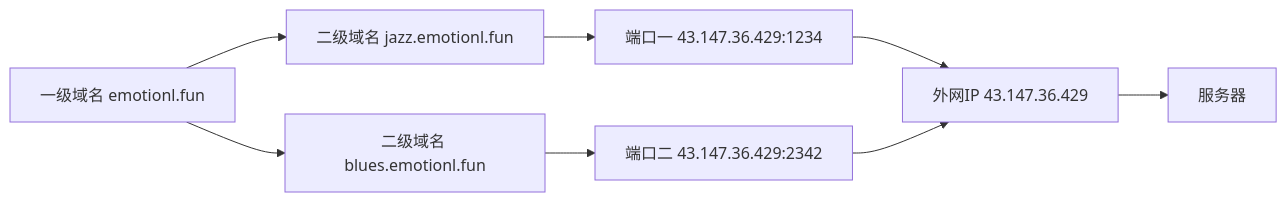
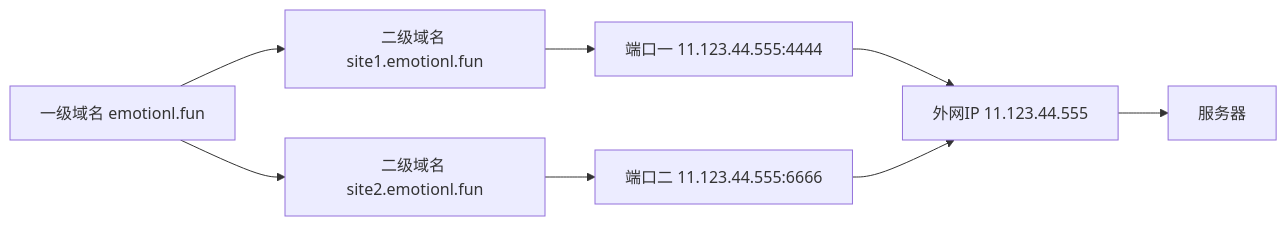
Before and after one commit to emotionl/emotionl.github.io: the diagram in doc/article/022-Nginx反向代理.md, drawn with Mermaid. The commit also changed other lines of this file and 1 other file, not shown here.

````diff
--- a/doc/article/022-Nginx反向代理.md
+++ b/doc/article/022-Nginx反向代理.md
@@ -13,18 +13,18 @@
 ```mermaid
 graph LR
 A[一级域名 emotionl.fun]
-B[二级域名 jazz.emotionl.fun]
-C[二级域名 blues.emotionl.fun]
+B[二级域名 site1.emotionl.fun]
+C[二级域名 site2.emotionl.fun]
 D[服务器]
-E[外网IP 43.147.36.429]
-F[端口一 43.147.36.429:1234]
-G[端口二 43.147.36.429:2342]
+E[外网IP 11.123.44.555]
+F[端口一 11.123.44.555:4444]
+G[端口二 11.123.44.555:6666]
 A --> B
 A --> C
 B --> F
 C --> G
 F --> E
 G --> E
 E --> D
 
 ```
````
